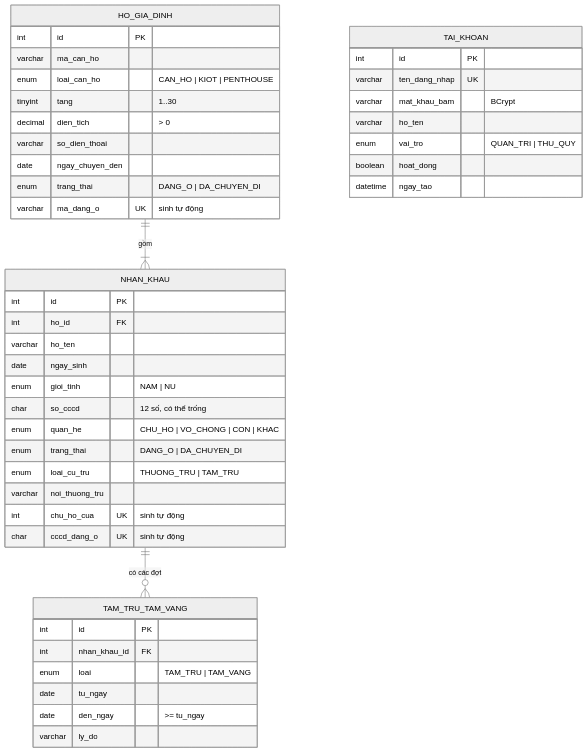
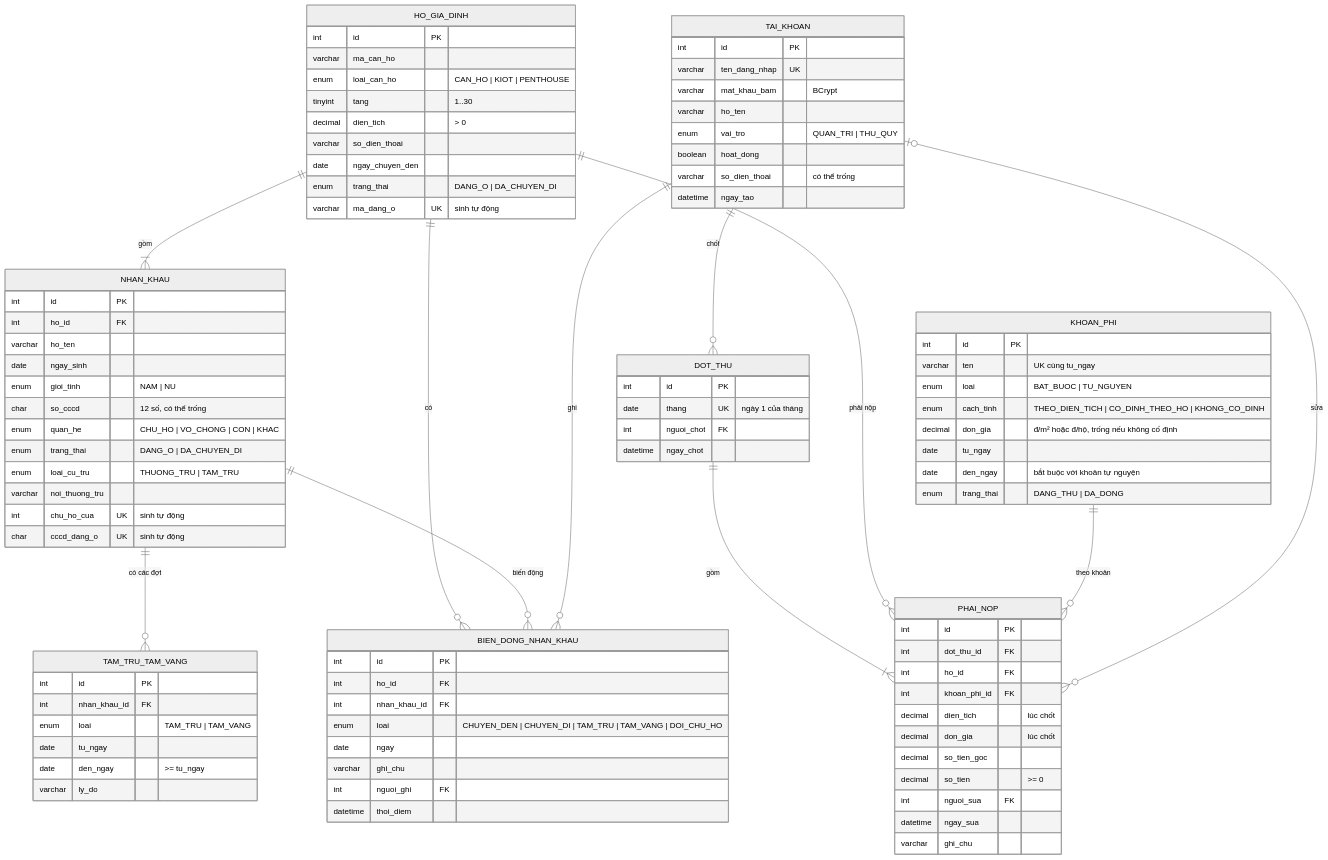
One commit to khanhdoan4106/IT3180-CNPM-Project-Group-16 changed the diagram in docs/design/erd.md. Above: the diagram before and after it, drawn with Mermaid (neutral theme). The commit also changed other lines of this file and 2 other files, not shown here.

First line of the commit message:
feat(US-009): them bang khoan thu, cong no, lich su bien dong

````diff
--- a/docs/design/erd.md
+++ b/docs/design/erd.md
@@ -9,6 +9,14 @@
 erDiagram
     HO_GIA_DINH ||--|{ NHAN_KHAU : "gồm"
     NHAN_KHAU ||--o{ TAM_TRU_TAM_VANG : "có các đợt"
+    DOT_THU ||--|{ PHAI_NOP : "gồm"
+    HO_GIA_DINH ||--o{ PHAI_NOP : "phải nộp"
+    KHOAN_PHI ||--o{ PHAI_NOP : "theo khoản"
+    TAI_KHOAN ||--o{ DOT_THU : "chốt"
+    TAI_KHOAN |o--o{ PHAI_NOP : "sửa"
+    HO_GIA_DINH ||--o{ BIEN_DONG_NHAN_KHAU : "có"
+    NHAN_KHAU ||--o{ BIEN_DONG_NHAN_KHAU : "biến động"
+    TAI_KHOAN ||--o{ BIEN_DONG_NHAN_KHAU : "ghi"
 
     TAI_KHOAN {
         int id PK
@@ -17,7 +25,18 @@
         varchar ho_ten
         enum vai_tro "QUAN_TRI | THU_QUY"
         boolean hoat_dong
+        varchar so_dien_thoai "có thể trống"
         datetime ngay_tao
+    }
+    BIEN_DONG_NHAN_KHAU {
+        int id PK
+        int ho_id FK
+        int nhan_khau_id FK
+        enum loai "CHUYEN_DEN | CHUYEN_DI | TAM_TRU | TAM_VANG | DOI_CHU_HO"
+        date ngay
+        varchar ghi_chu
+        int nguoi_ghi FK
+        datetime thoi_diem
     }
     HO_GIA_DINH {
         int id PK
@@ -52,4 +71,33 @@
         date den_ngay ">= tu_ngay"
         varchar ly_do
     }
+    KHOAN_PHI {
+        int id PK
+        varchar ten "UK cùng tu_ngay"
+        enum loai "BAT_BUOC | TU_NGUYEN"
+        enum cach_tinh "THEO_DIEN_TICH | CO_DINH_THEO_HO | KHONG_CO_DINH"
+        decimal don_gia "đ/m² hoặc đ/hộ, trống nếu không cố định"
+        date tu_ngay
+        date den_ngay "bắt buộc với khoản tự nguyện"
+        enum trang_thai "DANG_THU | DA_DONG"
+    }
+    DOT_THU {
+        int id PK
+        date thang UK "ngày 1 của tháng"
+        int nguoi_chot FK
+        datetime ngay_chot
+    }
+    PHAI_NOP {
+        int id PK
+        int dot_thu_id FK
+        int ho_id FK
+        int khoan_phi_id FK
+        decimal dien_tich "lúc chốt"
+        decimal don_gia "lúc chốt"
+        decimal so_tien_goc
+        decimal so_tien ">= 0"
+        int nguoi_sua FK
+        datetime ngay_sua
+        varchar ghi_chu
+    }
 ```
````
